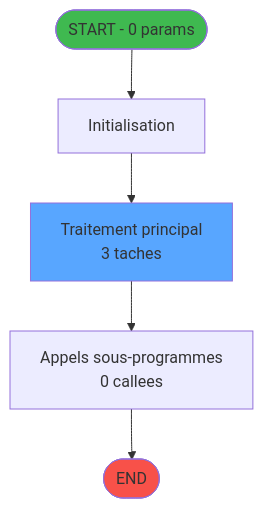
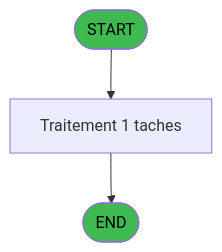
Before and after one commit to thonyAGP/magic-migration: the first of 3 diagrams in .openspec/specs/ADH-IDE-179.md, drawn with Mermaid. The commit also changed other lines of this file and 311 other files, not shown here.

````diff
--- a/.openspec/specs/ADH-IDE-179.md
+++ b/.openspec/specs/ADH-IDE-179.md
@@ -88,14 +52,9 @@
 ```mermaid
 flowchart TD
-    START([START - 0 params])
-    INIT["Initialisation"]
-    PROCESS["Traitement principal<br/>3 taches"]
-    CALLS["Appels sous-programmes<br/>0 callees"]
+    START([START])
+    PROCESS[Traitement 1 taches]
     ENDOK([END])
-
-    START --> INIT --> PROCESS --> CALLS --> ENDOK
-
-    style START fill:#3fb950
-    style ENDOK fill:#f85149
-    style PROCESS fill:#58a6ff
+    START --> PROCESS --> ENDOK
+    style START fill:#3fb950,color:#000
+    style ENDOK fill:#3fb950,color:#000
 ```
````
